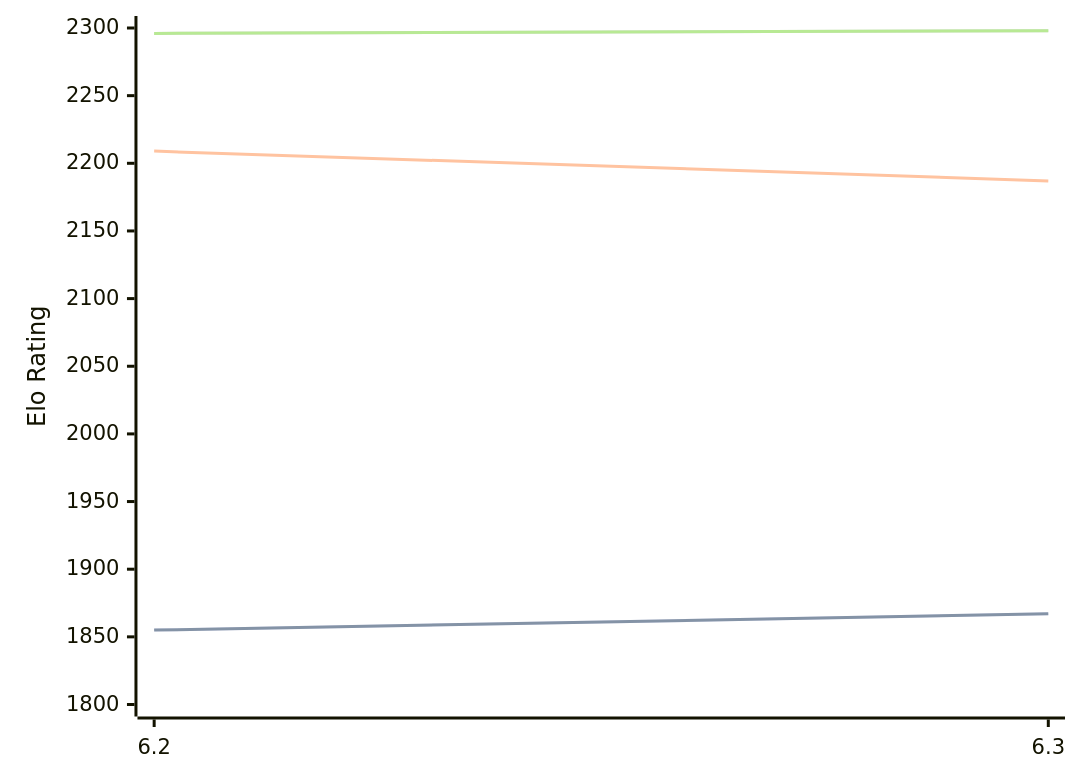
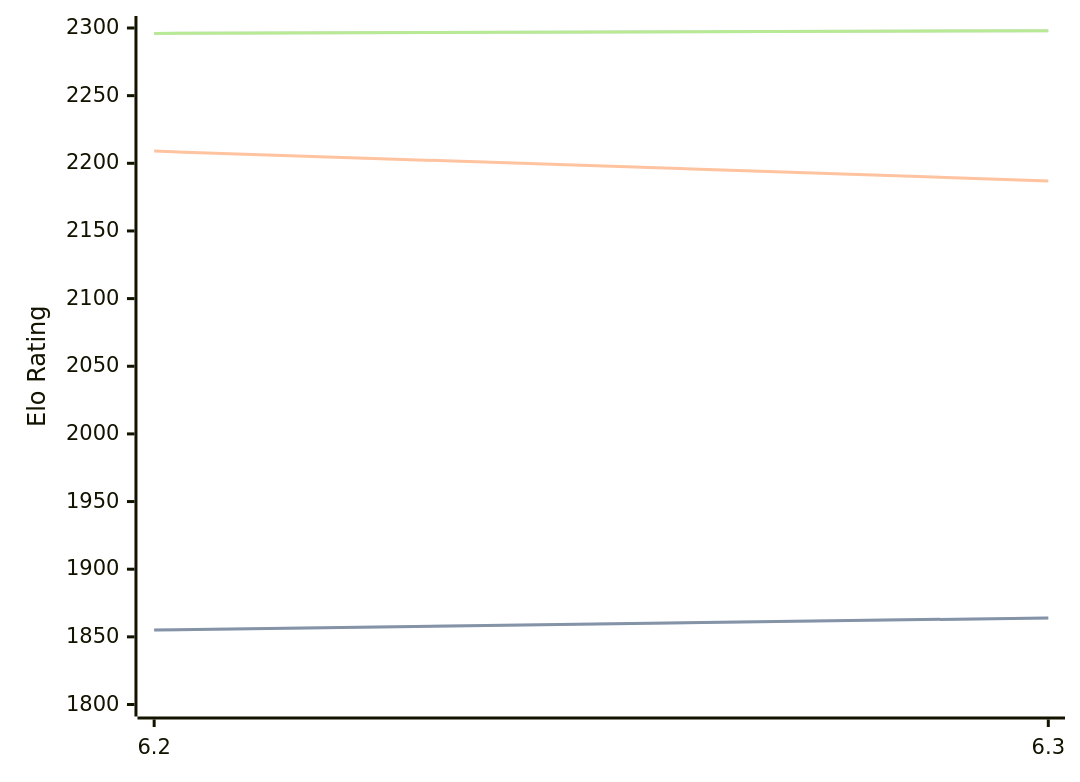
The diagram in engines/chess4j.md (computer-chess-index/cci), drawn with Mermaid before and after one commit. The commit also changed other lines of this file, not shown here.

````diff
--- a/engines/chess4j.md
+++ b/engines/chess4j.md
@@ -32,11 +32,11 @@
 ```mermaid
 %%{init: {"theme":"base","themeVariables":{"seriesColors:['#a3a3a3','#222221','#faa371']}}}%%
 xychart-beta
   x-axis ["6.2", "6.3"]
   y-axis "Elo Rating" 1800 --> 2300
-  line "" [1855, 1867]
-  line "STC (8.0+0.08s)" [1855, 1867]
+  line "" [1855, 1864]
+  line "STC (8.0+0.08s)" [1855, 1864]
   line "LTC (60.0+0.60s)" [2209, 2187]
   line "" [2296, 2298]
   line "VLTC (2m24s+1.12s)" [2296, 2298]
 ```
````
